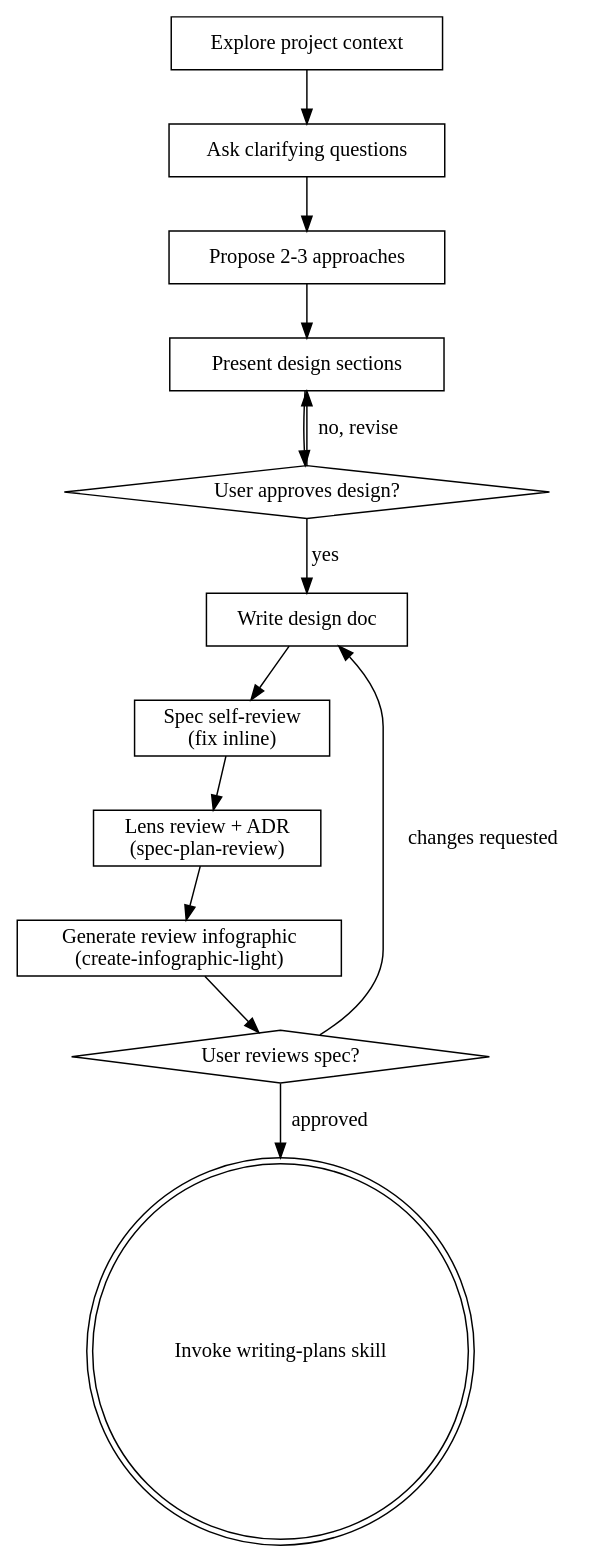
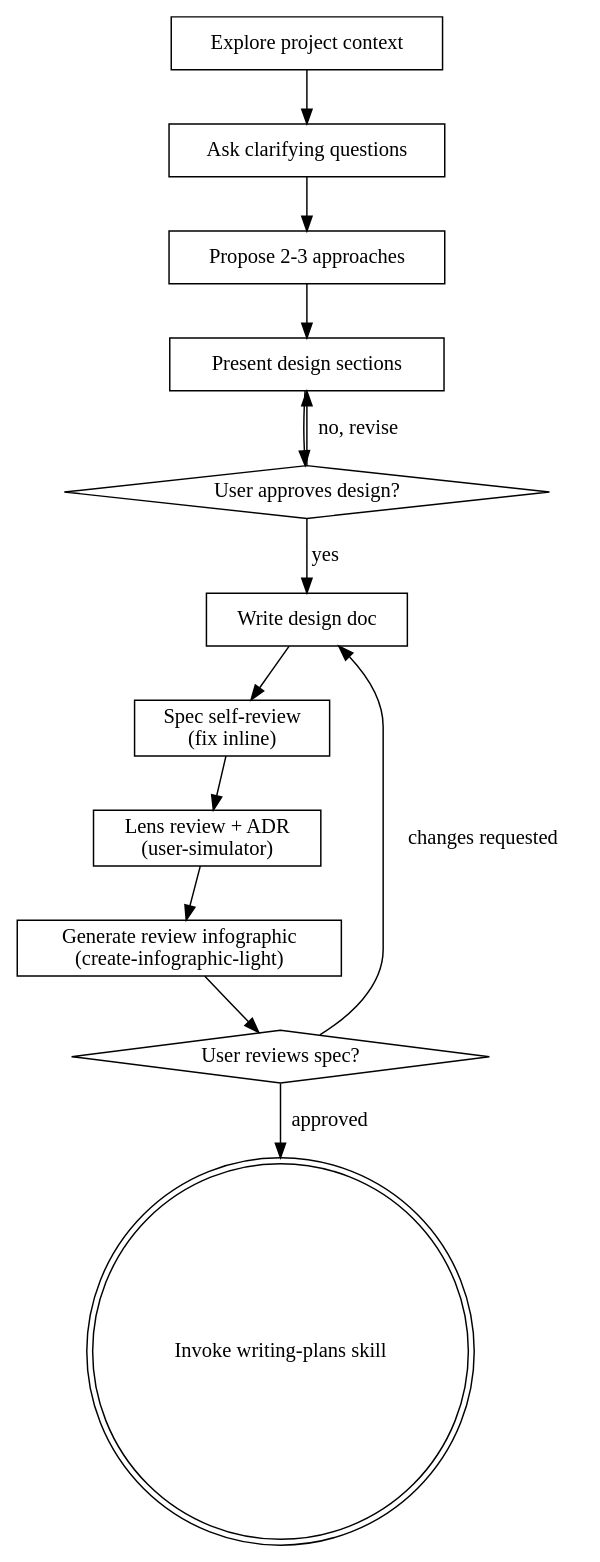
The diagram in .claude/skills/brainstorming/SKILL.md (moorestech/moorestech), drawn with Graphviz before and after one commit. The commit also changed other lines of this file and 20 other files, not shown here.

Commit message:
spec-plan-reviewをuser-simulatorへ再構成（Fable判事+sonnet斥候+opus反証・3モード・即時改善ハンドオフ・decisions.md）

````diff
--- a/.claude/skills/brainstorming/SKILL.md
+++ b/.claude/skills/brainstorming/SKILL.md
@@ -38,28 +38,28 @@
 ```dot
 digraph brainstorming {
     "Explore project context" [shape=box];
     "Ask clarifying questions" [shape=box];
     "Propose 2-3 approaches" [shape=box];
     "Present design sections" [shape=box];
     "User approves design?" [shape=diamond];
     "Write design doc" [shape=box];
     "Spec self-review\n(fix inline)" [shape=box];
     "User reviews spec?" [shape=diamond];
     "Invoke writing-plans skill" [shape=doublecircle];
 
     "Explore project context" -> "Ask clarifying questions";
     "Ask clarifying questions" -> "Propose 2-3 approaches";
     "Propose 2-3 approaches" -> "Present design sections";
     "Present design sections" -> "User approves design?";
     "User approves design?" -> "Present design sections" [label="no, revise"];
     "User approves design?" -> "Write design doc" [label="yes"];
     "Write design doc" -> "Spec self-review\n(fix inline)";
-    "Lens review + ADR\n(spec-plan-review)" [shape=box];
+    "Lens review + ADR\n(user-simulator)" [shape=box];
     "Generate review infographic\n(create-infographic-light)" [shape=box];
-    "Spec self-review\n(fix inline)" -> "Lens review + ADR\n(spec-plan-review)";
-    "Lens review + ADR\n(spec-plan-review)" -> "Generate review infographic\n(create-infographic-light)";
+    "Spec self-review\n(fix inline)" -> "Lens review + ADR\n(user-simulator)";
+    "Lens review + ADR\n(user-simulator)" -> "Generate review infographic\n(create-infographic-light)";
     "Generate review infographic\n(create-infographic-light)" -> "User reviews spec?";
     "User reviews spec?" -> "Write design doc" [label="changes requested"];
     "User reviews spec?" -> "Invoke writing-plans skill" [label="approved"];
 }
 ```
````
